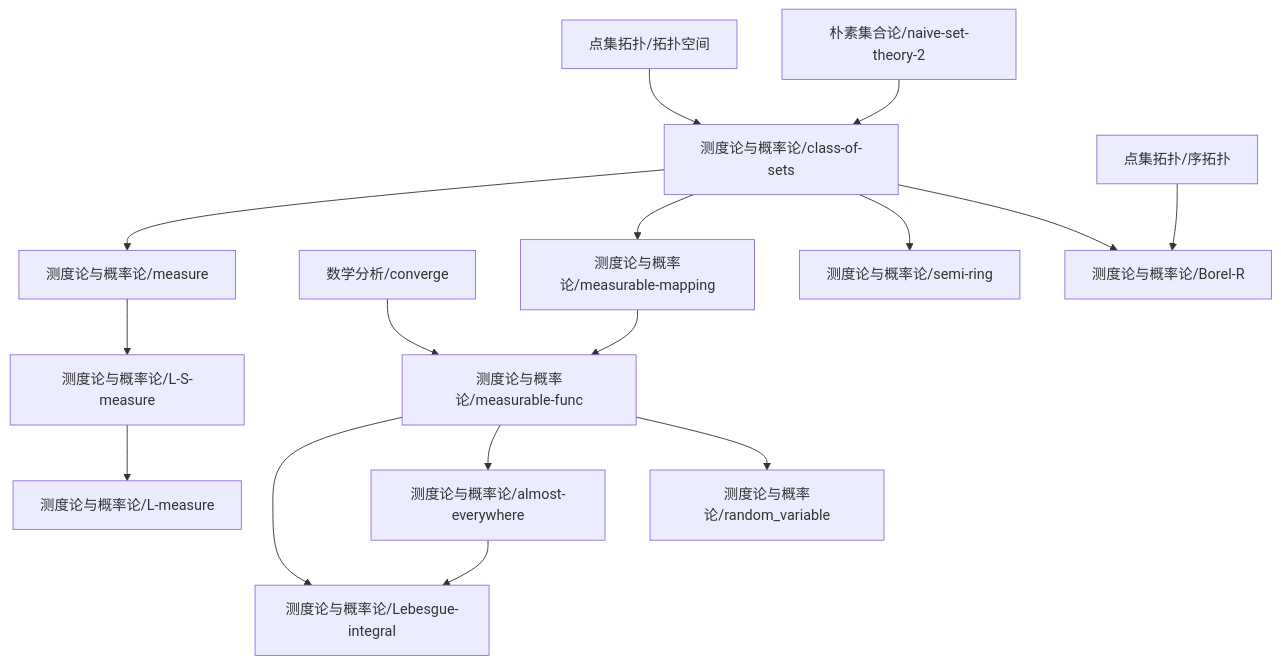
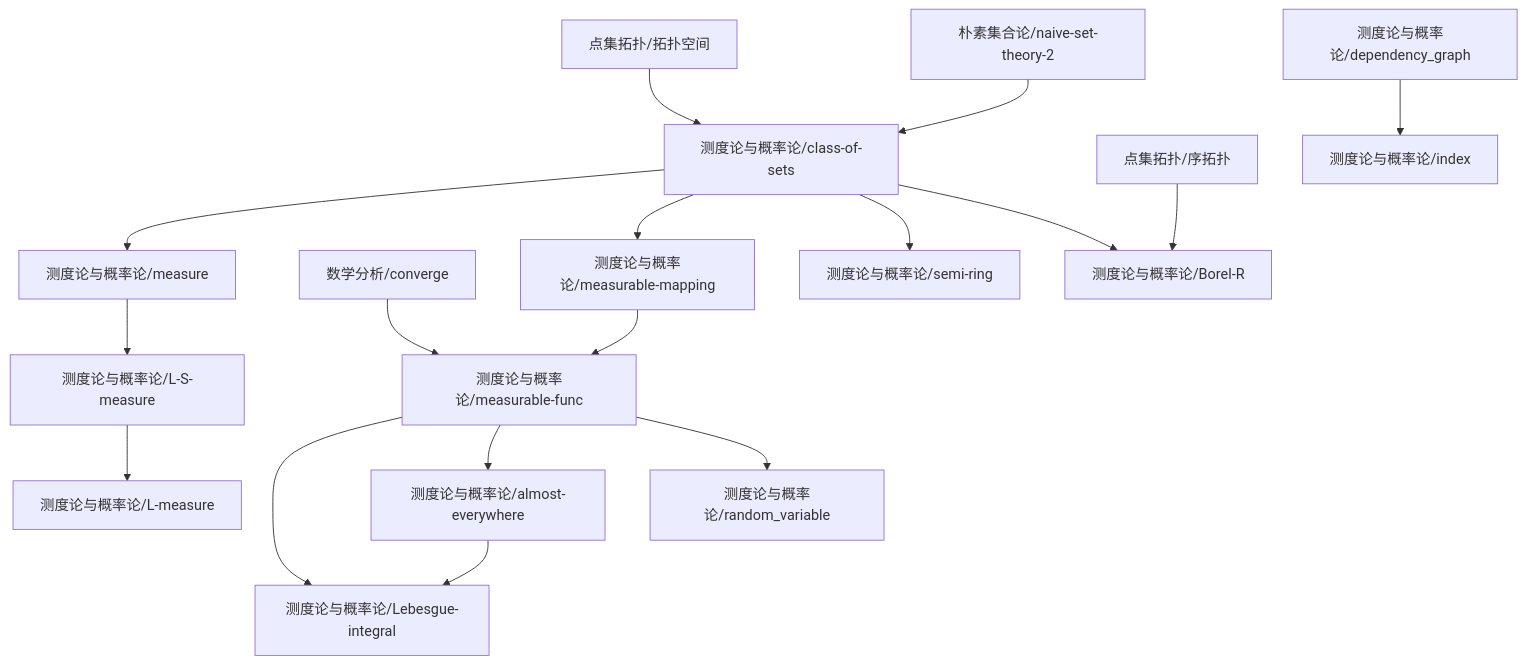
The diagram in content/测度论与概率论/dependency_graph.md (zeroDtree/zeroDtree.github.io), drawn with Mermaid before and after one commit. The commit also changed 30 other files, not shown here.

````diff
--- a/content/测度论与概率论/dependency_graph.md
+++ b/content/测度论与概率论/dependency_graph.md
@@ -1,18 +1,19 @@
 ```mermaid
 graph TD
 1["朴素集合论/naive-set-theory-2"] --> 0["测度论与概率论/class-of-sets"]
 2["点集拓扑/拓扑空间"] --> 0["测度论与概率论/class-of-sets"]
 4["测度论与概率论/measurable-mapping"] --> 3["测度论与概率论/measurable-func"]
 5["数学分析/converge"] --> 3["测度论与概率论/measurable-func"]
 7["测度论与概率论/measure"] --> 6["测度论与概率论/L-S-measure"]
 3["测度论与概率论/measurable-func"] --> 8["测度论与概率论/random_variable"]
 0["测度论与概率论/class-of-sets"] --> 9["测度论与概率论/Borel-R"]
 10["点集拓扑/序拓扑"] --> 9["测度论与概率论/Borel-R"]
 0["测度论与概率论/class-of-sets"] --> 11["测度论与概率论/semi-ring"]
 6["测度论与概率论/L-S-measure"] --> 12["测度论与概率论/L-measure"]
-3["测度论与概率论/measurable-func"] --> 13["测度论与概率论/almost-everywhere"]
+14["测度论与概率论/dependency_graph"] --> 13["测度论与概率论/index"]
+3["测度论与概率论/measurable-func"] --> 15["测度论与概率论/almost-everywhere"]
 0["测度论与概率论/class-of-sets"] --> 4["测度论与概率论/measurable-mapping"]
 0["测度论与概率论/class-of-sets"] --> 7["测度论与概率论/measure"]
-3["测度论与概率论/measurable-func"] --> 14["测度论与概率论/Lebesgue-integral"]
-13["测度论与概率论/almost-everywhere"] --> 14["测度论与概率论/Lebesgue-integral"]
+3["测度论与概率论/measurable-func"] --> 16["测度论与概率论/Lebesgue-integral"]
+15["测度论与概率论/almost-everywhere"] --> 16["测度论与概率论/Lebesgue-integral"]
 ```
````
